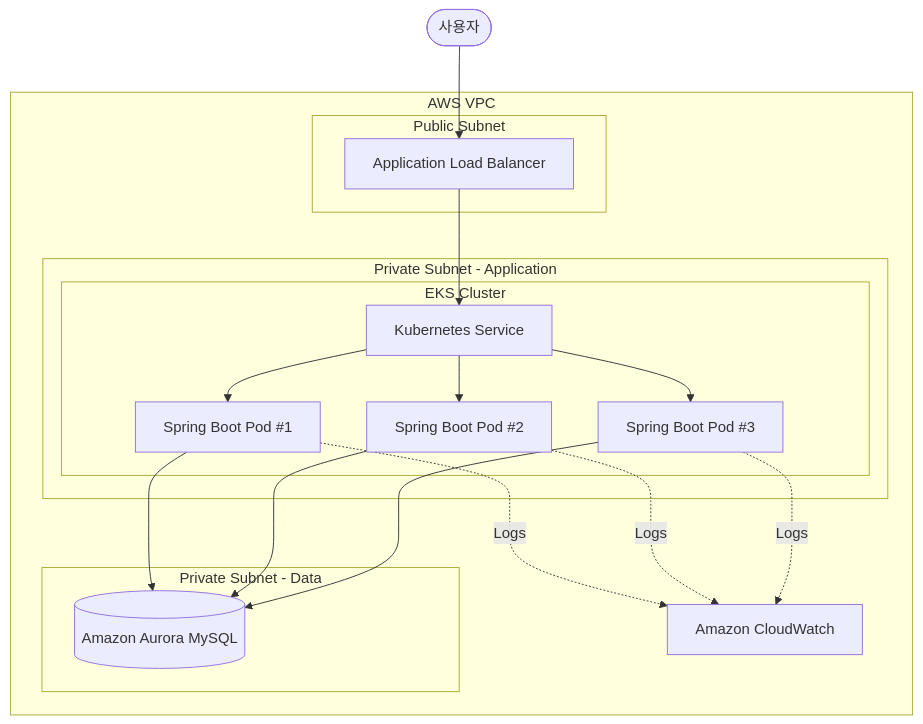
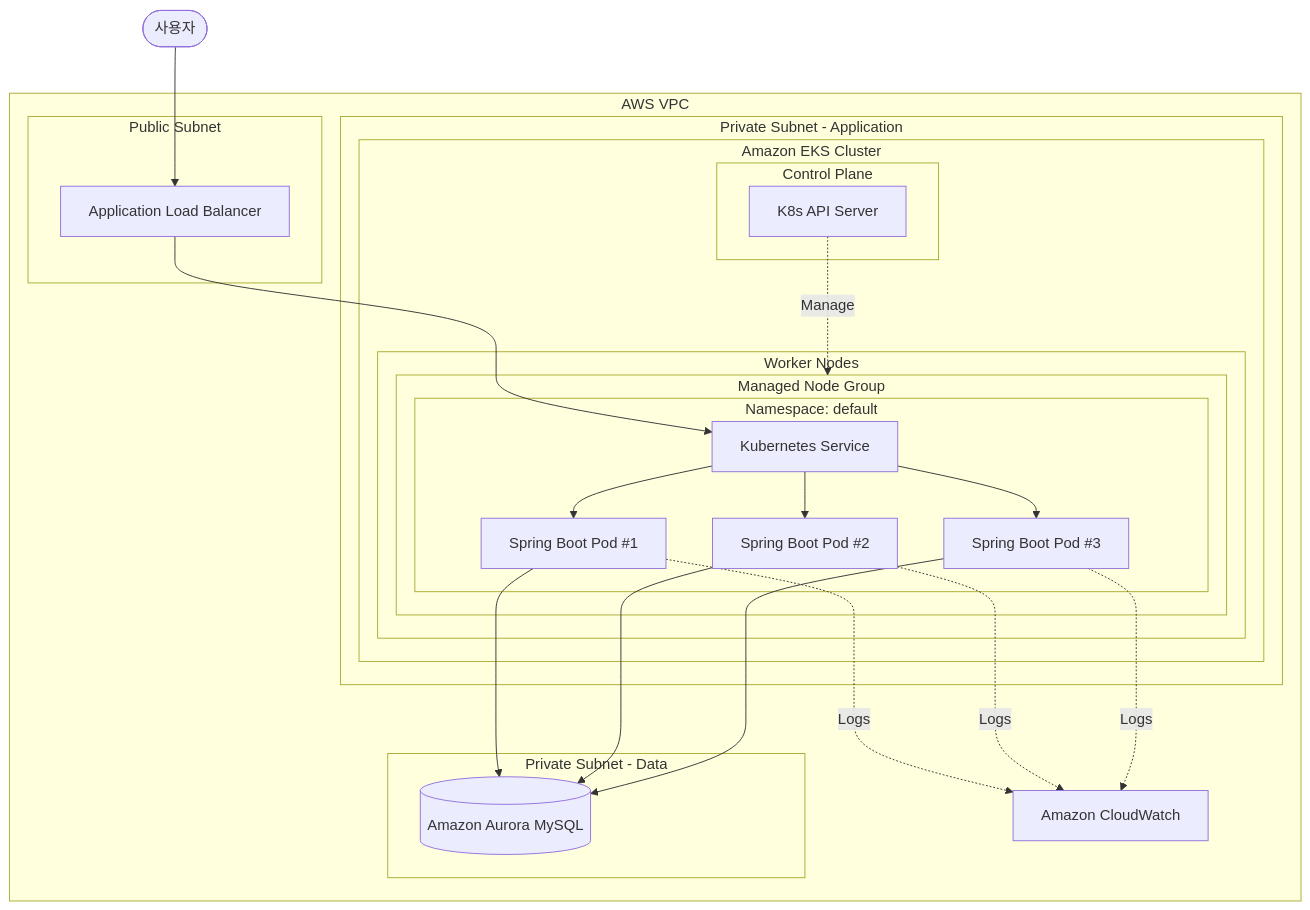
The diagram in docs/architecture.md (muzzaiwork/point), drawn with Mermaid before and after one commit. The commit also changed other lines of this file, not shown here.

Commit message:
docs: 아키텍처 다이어그램 Mermaid 문법 오류 수정

````diff
--- a/docs/architecture.md
+++ b/docs/architecture.md
@@ -7,39 +7,48 @@
 ```mermaid
 graph TD
    User([사용자])
 
    subgraph VPC[AWS VPC]
-      ALB[Application Load Balancer]
-
       subgraph PublicSubnet[Public Subnet]
-         ALB
+         ALB[Application Load Balancer]
       end
 
       subgraph PrivateSubnetApp[Private Subnet - Application]
-         subgraph EKS[EKS Cluster]
-            Service[Kubernetes Service]
-            Pod1[Spring Boot Pod #1]
-            Pod2[Spring Boot Pod #2]
-            Pod3[Spring Boot Pod #3]
+         subgraph EKS[Amazon EKS Cluster]
+            subgraph ControlPlane[Control Plane]
+               APIServer[K8s API Server]
+            end
+
+            subgraph WorkerNodes[Worker Nodes]
+               subgraph NodeGroup[Managed Node Group]
+                  subgraph Namespace[Namespace: default]
+                     Service[Kubernetes Service]
+                     Pod1[Spring Boot Pod #1]
+                     Pod2[Spring Boot Pod #2]
+                     Pod3[Spring Boot Pod #3]
+                  end
+               end
+            end
          end
       end
 
       subgraph PrivateSubnetData[Private Subnet - Data]
          Aurora[(Amazon Aurora MySQL)]
       end
 
       CloudWatch[Amazon CloudWatch]
    end
 
    User --> ALB
    ALB --> Service
    Service --> Pod1
    Service --> Pod2
    Service --> Pod3
    Pod1 --> Aurora
    Pod2 --> Aurora
    Pod3 --> Aurora
    Pod1 -. Logs .-> CloudWatch
    Pod2 -. Logs .-> CloudWatch
    Pod3 -. Logs .-> CloudWatch
+   APIServer -. Manage .-> NodeGroup
 ```
````
